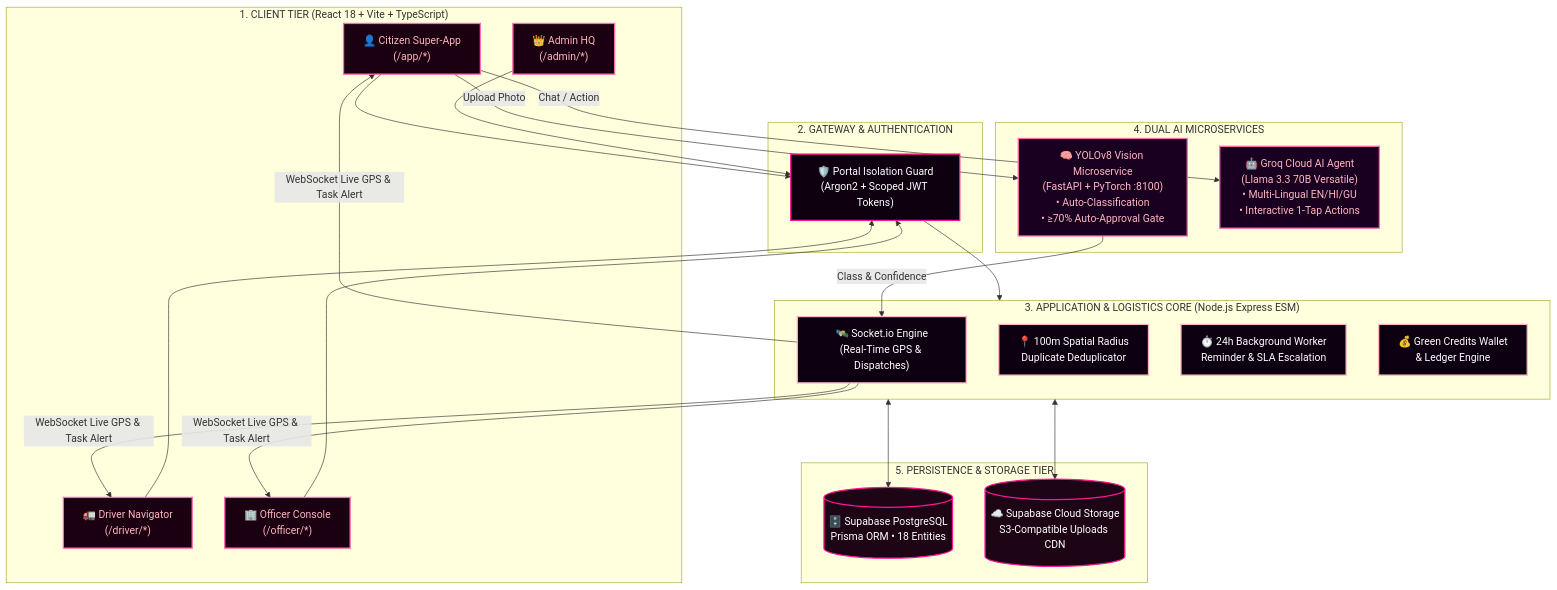
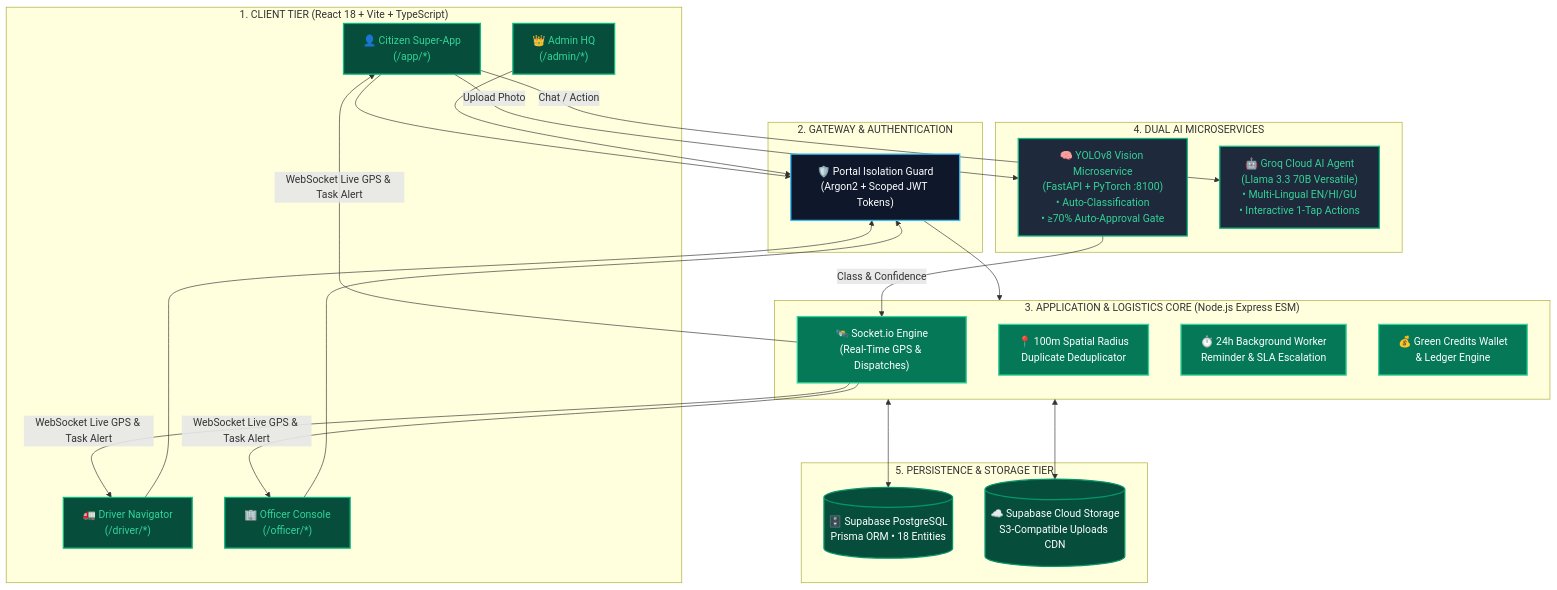
One commit to Parthh1002/SafaaiSarathi2.0 changed the diagram in Waste Management/README.md. Above: the diagram before and after it, drawn with Mermaid. The commit also changed other lines of this file and 1 other file, not shown here.

Commit message:
docs: update theme palette to Emerald Green + Black across all animated README banners, badges and diagrams

````diff
--- a/Waste Management/README.md
+++ b/Waste Management/README.md
@@ -73,47 +73,47 @@
 ```mermaid
 flowchart TD
     %% Styling Configuration
-    classDef client fill:#1a0010,stroke:#FF69B4,stroke-width:2px,color:#FFB6C1;
-    classDef gateway fill:#0F0010,stroke:#FF1493,stroke-width:2px,color:#ffffff;
-    classDef ai fill:#1a0020,stroke:#FF69B4,stroke-width:2px,color:#FFB6C1;
-    classDef storage fill:#1E0515,stroke:#FF1493,stroke-width:2px,color:#ffffff;
-    classDef action fill:#0d0010,stroke:#FFB6C1,stroke-width:2px,color:#ffffff;
+    classDef client fill:#064E3B,stroke:#10B981,stroke-width:2px,color:#34D399;
+    classDef gateway fill:#0F172A,stroke:#38BDF8,stroke-width:2px,color:#ffffff;
+    classDef ai fill:#1E293B,stroke:#10B981,stroke-width:2px,color:#34D399;
+    classDef storage fill:#064E3B,stroke:#059669,stroke-width:2px,color:#ffffff;
+    classDef action fill:#047857,stroke:#34D399,stroke-width:2px,color:#ffffff;
 
     subgraph CLIENTS ["1. CLIENT TIER (React 18 + Vite + TypeScript)"]
         C1["👤 Citizen Super-App\n(/app/*)"]:::client
         C2["🚛 Driver Navigator\n(/driver/*)"]:::client
         C3["🏢 Officer Console\n(/officer/*)"]:::client
         C4["👑 Admin HQ\n(/admin/*)"]:::client
     end
 
     subgraph SECURITY ["2. GATEWAY & AUTHENTICATION"]
         G1["🛡️ Portal Isolation Guard\n(Argon2 + Scoped JWT Tokens)"]:::gateway
     end
 
     subgraph BACKEND ["3. APPLICATION & LOGISTICS CORE (Node.js Express ESM)"]
         B1["🛰️ Socket.io Engine\n(Real-Time GPS & Dispatches)"]:::action
         B2["📍 100m Spatial Radius\nDuplicate Deduplicator"]:::action
         B3["⏱️ 24h Background Worker\nReminder & SLA Escalation"]:::action
         B4["💰 Green Credits Wallet\n& Ledger Engine"]:::action
     end
 
     subgraph AI_SERVICES ["4. DUAL AI MICROSERVICES"]
         AI1["🧠 YOLOv8 Vision Microservice\n(FastAPI + PyTorch :8100)\n• Auto-Classification\n• ≥70% Auto-Approval Gate"]:::ai
         AI2["🤖 Groq Cloud AI Agent\n(Llama 3.3 70B Versatile)\n• Multi-Lingual EN/HI/GU\n• Interactive 1-Tap Actions"]:::ai
     end
 
     subgraph DATABASE ["5. PERSISTENCE & STORAGE TIER"]
         DB1[("🗄️ Supabase PostgreSQL\nPrisma ORM • 18 Entities")]:::storage
         DB2[("☁️ Supabase Cloud Storage\nS3-Compatible Uploads CDN")]:::storage
     end
 
     %% Flow Connections
     C1 & C2 & C3 & C4 --> G1
     G1 --> BACKEND
     C1 -->|Upload Photo| AI1
     C1 -->|Chat / Action| AI2
     AI1 -->|Class & Confidence| B1
     BACKEND <--> DB1
     BACKEND <--> DB2
     B1 -->|WebSocket Live GPS & Task Alert| C2 & C1 & C3
 ```
````
